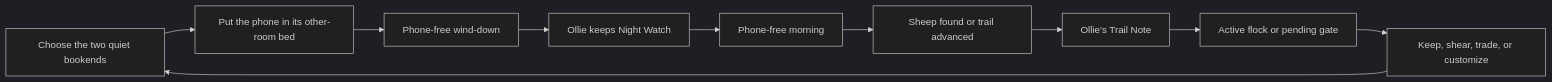
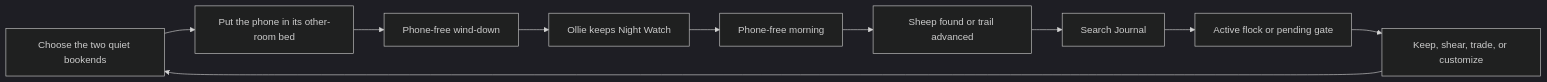
One commit to papermelon/phone-in-the-other-room changed the diagram in docs/REWARDS.md. Above: the diagram before and after it, drawn with Mermaid (dark theme). The commit also changed other lines of this file and 21 other files, not shown here.

````diff
--- a/docs/REWARDS.md
+++ b/docs/REWARDS.md
@@ -10,12 +10,12 @@
 ```mermaid
 flowchart LR
     Plan[Choose the two quiet bookends] --> Away[Put the phone in its other-room bed]
     Away --> Evening[Phone-free wind-down]
     Evening --> Night[Ollie keeps Night Watch]
     Night --> Morning[Phone-free morning]
     Morning --> Search[Sheep found or trail advanced]
-    Search --> Note[Ollie's Trail Note]
+    Search --> Note[Search Journal]
     Note --> Arrival[Active flock or pending gate]
     Arrival --> Choice[Keep, shear, trade, or customize]
     Choice --> Plan
 ```
````
